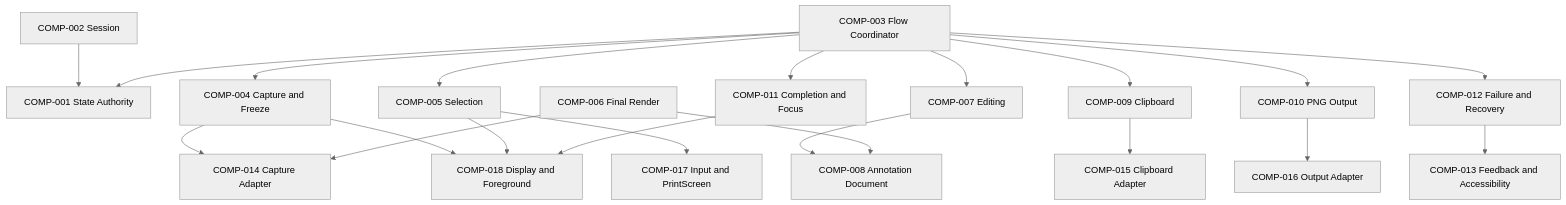
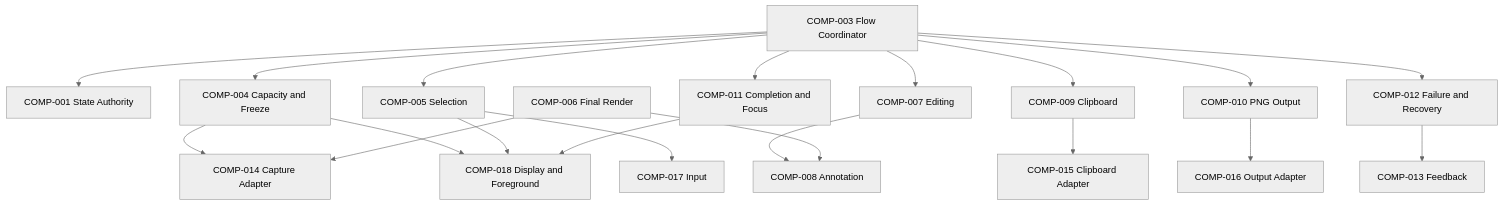
The diagram in Architecture/ARCH-0004-component-boundaries.md (gn02033417/SnipPlus), drawn with Mermaid (neutral theme) before and after one commit. The commit also changed other lines of this file, not shown here.

````diff
--- a/Architecture/ARCH-0004-component-boundaries.md
+++ b/Architecture/ARCH-0004-component-boundaries.md
@@ -167,42 +173,40 @@
 ```mermaid
 flowchart TB
     C1[COMP-001 State Authority]
-    C2[COMP-002 Session]
     C3[COMP-003 Flow Coordinator]
-    C4[COMP-004 Capture and Freeze]
+    C4[COMP-004 Capacity and Freeze]
     C5[COMP-005 Selection]
     C6[COMP-006 Final Render]
     C7[COMP-007 Editing]
-    C8[COMP-008 Annotation Document]
+    C8[COMP-008 Annotation]
     C9[COMP-009 Clipboard]
     C10[COMP-010 PNG Output]
     C11[COMP-011 Completion and Focus]
     C12[COMP-012 Failure and Recovery]
-    C13[COMP-013 Feedback and Accessibility]
+    C13[COMP-013 Feedback]
     C14[COMP-014 Capture Adapter]
     C15[COMP-015 Clipboard Adapter]
     C16[COMP-016 Output Adapter]
-    C17[COMP-017 Input and PrintScreen]
+    C17[COMP-017 Input]
     C18[COMP-018 Display and Foreground]
 
-    C2 --> C1
     C3 --> C1
     C3 --> C4
     C3 --> C5
     C3 --> C7
     C3 --> C9
     C3 --> C10
     C3 --> C11
     C3 --> C12
     C4 --> C14
     C4 --> C18
     C5 --> C17
     C5 --> C18
     C7 --> C8
     C6 --> C8
     C6 --> C14
     C9 --> C15
     C10 --> C16
     C11 --> C18
     C12 --> C13
 ```
````
